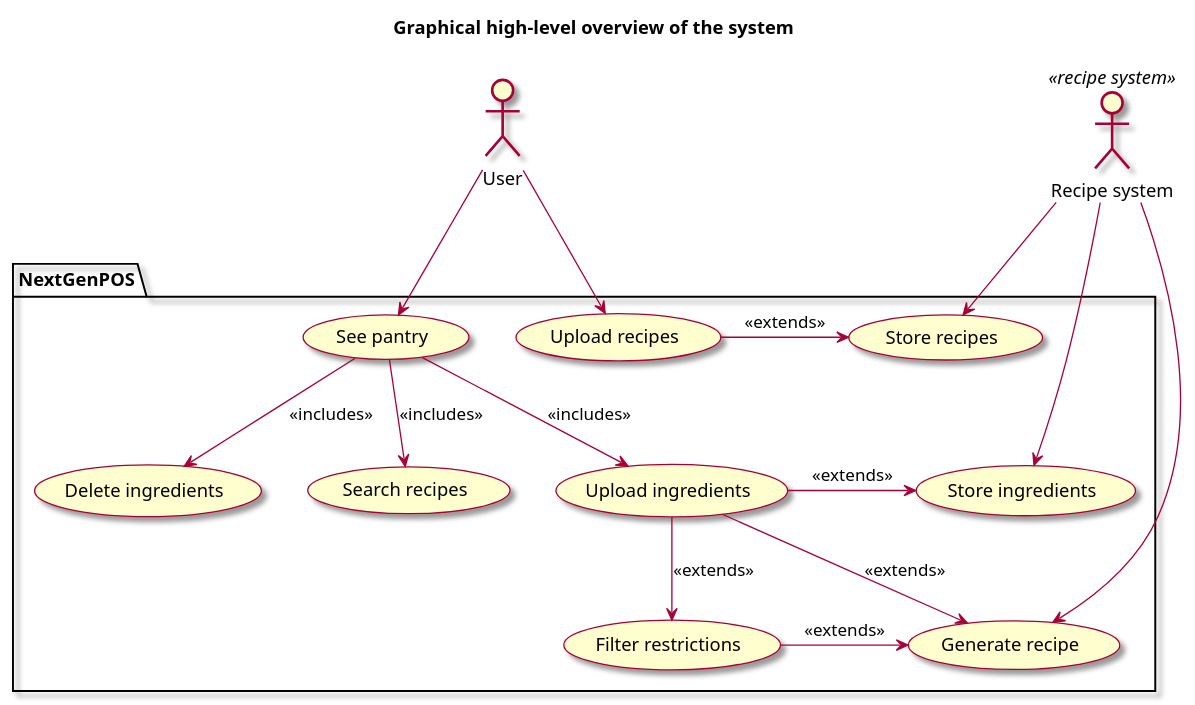
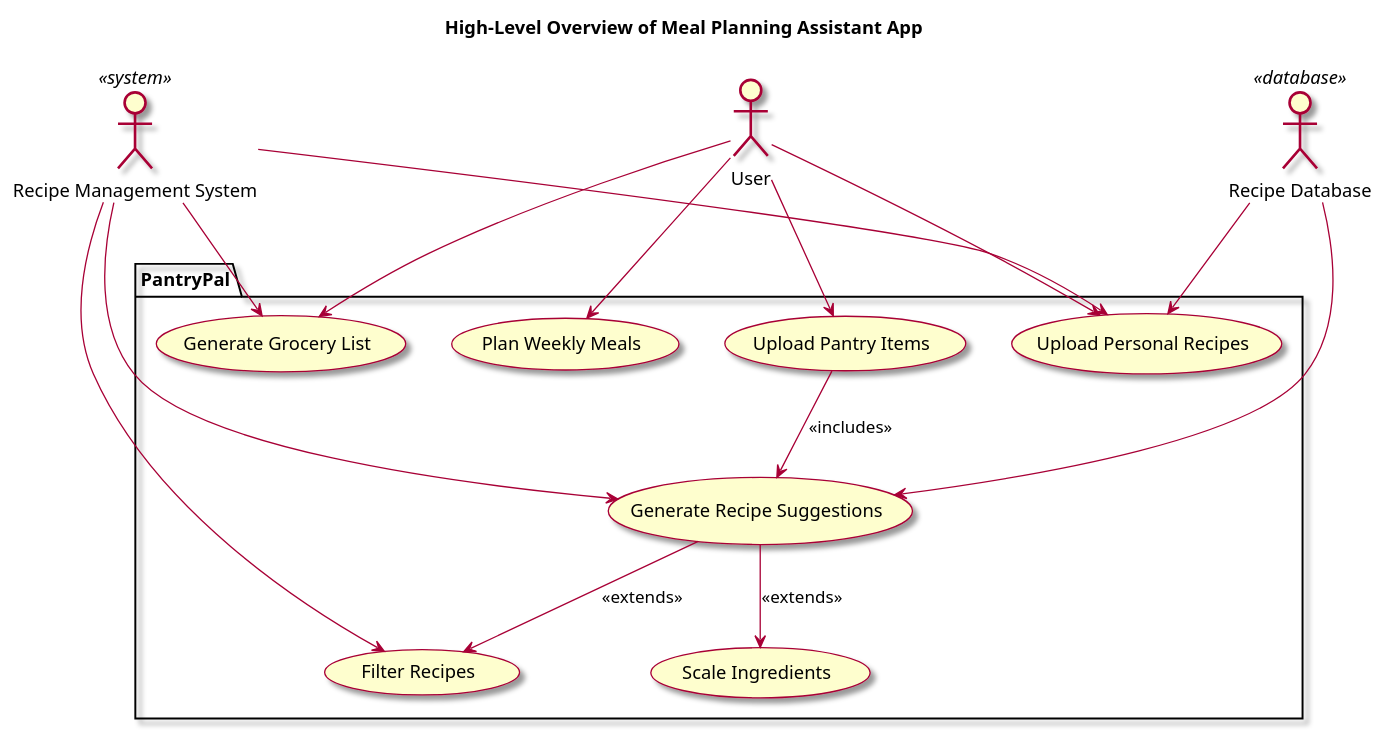
One commit to berthashipper/Pantry-Pal-Android-Application changed the diagram in intellij/doc/vision.md. Above: the diagram before and after it, drawn with PlantUML. The commit also changed other lines of this file, not shown here.

Commit message:
Added more detail to vision document descriptions and fleshed out PlantUML diagram

````diff
--- a/intellij/doc/vision.md
+++ b/intellij/doc/vision.md
@@ -16,51 +30,46 @@
 ```plantuml
 @startuml
 skin rose
 
-title Graphical high-level overview of the system
+title High-Level Overview of Meal Planning Assistant App
 
-' human actors
+' Human actor
 actor "User" as user
 
-' system actors
-actor "Recipe system" <<recipe system>> as recipeSystem
+' System actor
+actor "Recipe Management System" <<system>> as recipeSystem
 
-' list all use cases in package
-package NextGenPOS{
- usecase "Upload ingredients" as uploadingredients
- usecase "Generate recipe" as generaterecipe
- usecase "Upload recipes" as uploadrecipes
- usecase "Store ingredients" as storeing
- usecase "Store recipes" as storerec
- usecase "See pantry" as seepantry
- usecase "Delete ingredients" as deleing
- usecase "Search recipes" as searchrec
- usecase "Filter restrictions" as filterrestr
+' Database actor
+actor "Recipe Database" <<database>> as recipeDB
+
+' List all use cases in package
+package PantryPal {
+    usecase "Upload Pantry Items" as uploadPantryItems
+    usecase "Generate Recipe Suggestions" as generateRecipeSuggestions
+    usecase "Filter Recipes" as filterRecipes
+    usecase "Scale Ingredients" as scaleIngredients
+    usecase "Upload Personal Recipes" as uploadPersonalRecipes
+    usecase "Plan Weekly Meals" as planWeeklyMeals
+    usecase "Generate Grocery List" as generateGroceryList
 }
 
-' list associations
+' Associations
+user --> uploadPantryItems
+user --> uploadPersonalRecipes
+user --> planWeeklyMeals
+user --> generateGroceryList
 
-seepantry -down-> deleing : <<includes>>
-seepantry -down-> uploadingredients : <<includes>>
-seepantry -down-> searchrec : <<includes>>
-uploadingredients -down-> filterrestr : <<extends>>
+uploadPantryItems -down-> generateRecipeSuggestions : <<includes>>
+generateRecipeSuggestions -down-> filterRecipes : <<extends>>
+generateRecipeSuggestions -down-> scaleIngredients : <<extends>>
 
-uploadingredients -right-> generaterecipe : <<extends>>
-filterrestr -right-> generaterecipe : <<extends>>
+recipeSystem --> generateRecipeSuggestions
+recipeSystem --> filterRecipes
+recipeSystem --> uploadPersonalRecipes
+recipeSystem --> generateGroceryList
 
-user --> uploadrecipes 
-user --> seepantry
-
-uploadingredients -right-> storeing : <<extends>>
-uploadrecipes -left-> storerec : <<extends>>
-
-
-
-recipeSystem --> generaterecipe
-recipeSystem --> storeing
-recipeSystem --> storerec
-
-
+recipeDB --> uploadPersonalRecipes
+recipeDB --> generateRecipeSuggestions
 
 @enduml
 ```
````
